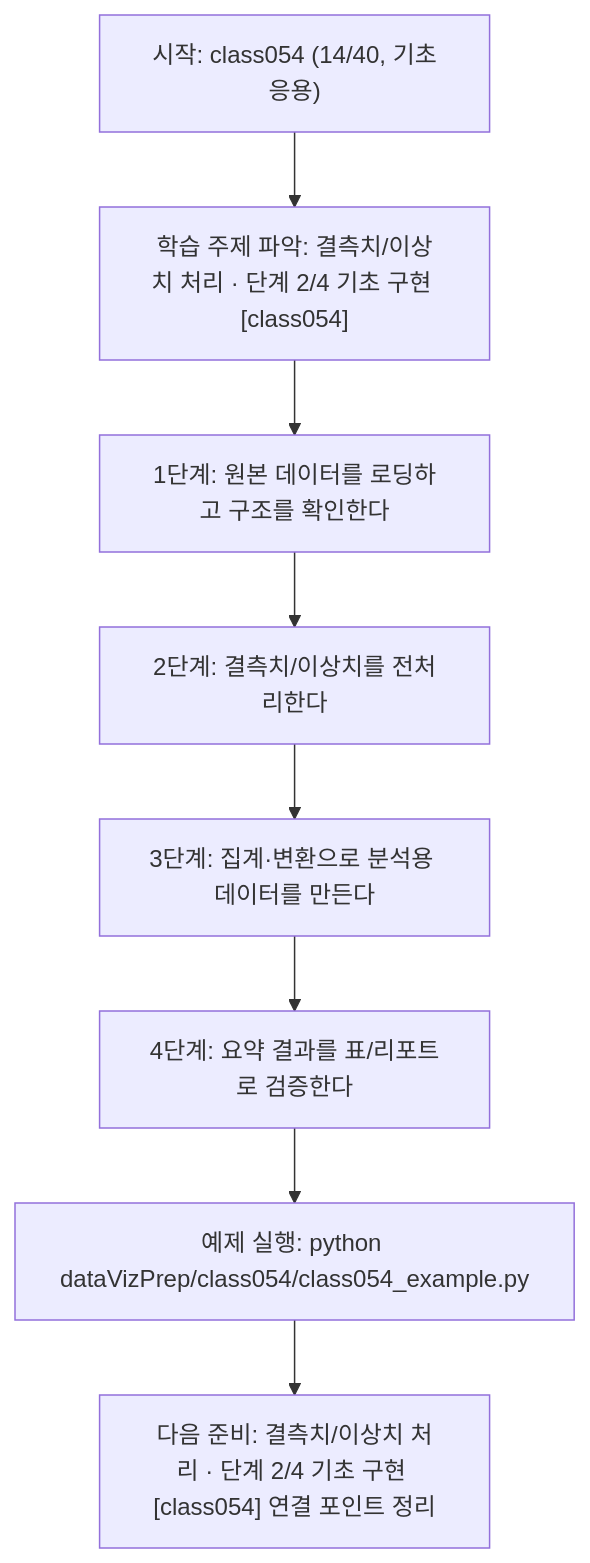
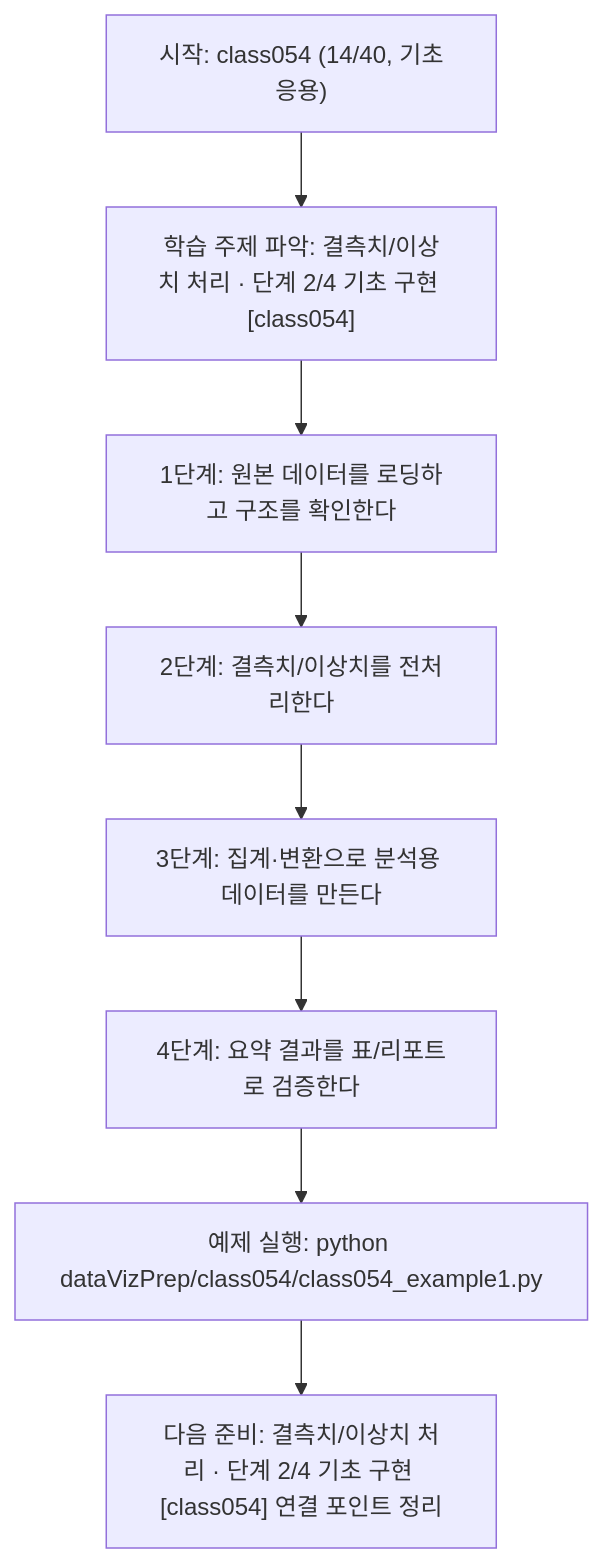
The diagram in dataVizPrep/class054/class054.md (edumgt/Python-AI_Agent-Class), drawn with Mermaid before and after one commit. The commit also changed other lines of this file and 2959 other files, not shown here.

````diff
--- a/dataVizPrep/class054/class054.md
+++ b/dataVizPrep/class054/class054.md
@@ -111,18 +111,18 @@
 ```mermaid
 flowchart TD
 N1["시작: class054 (14/40, 기초응용)"]
 N2["학습 주제 파악: 결측치/이상치 처리 · 단계 2/4 기초 구현 [class054]"]
 N3["1단계: 원본 데이터를 로딩하고 구조를 확인한다"]
 N4["2단계: 결측치/이상치를 전처리한다"]
 N5["3단계: 집계·변환으로 분석용 데이터를 만든다"]
 N6["4단계: 요약 결과를 표/리포트로 검증한다"]
-N7["예제 실행: python dataVizPrep/class054/class054_example.py"]
+N7["예제 실행: python dataVizPrep/class054/class054_example1.py"]
 N8["다음 준비: 결측치/이상치 처리 · 단계 2/4 기초 구현 [class054] 연결 포인트 정리"]
 N1 --> N2
 N2 --> N3
 N3 --> N4
 N4 --> N5
 N5 --> N6
 N6 --> N7
 N7 --> N8
 ```
````
